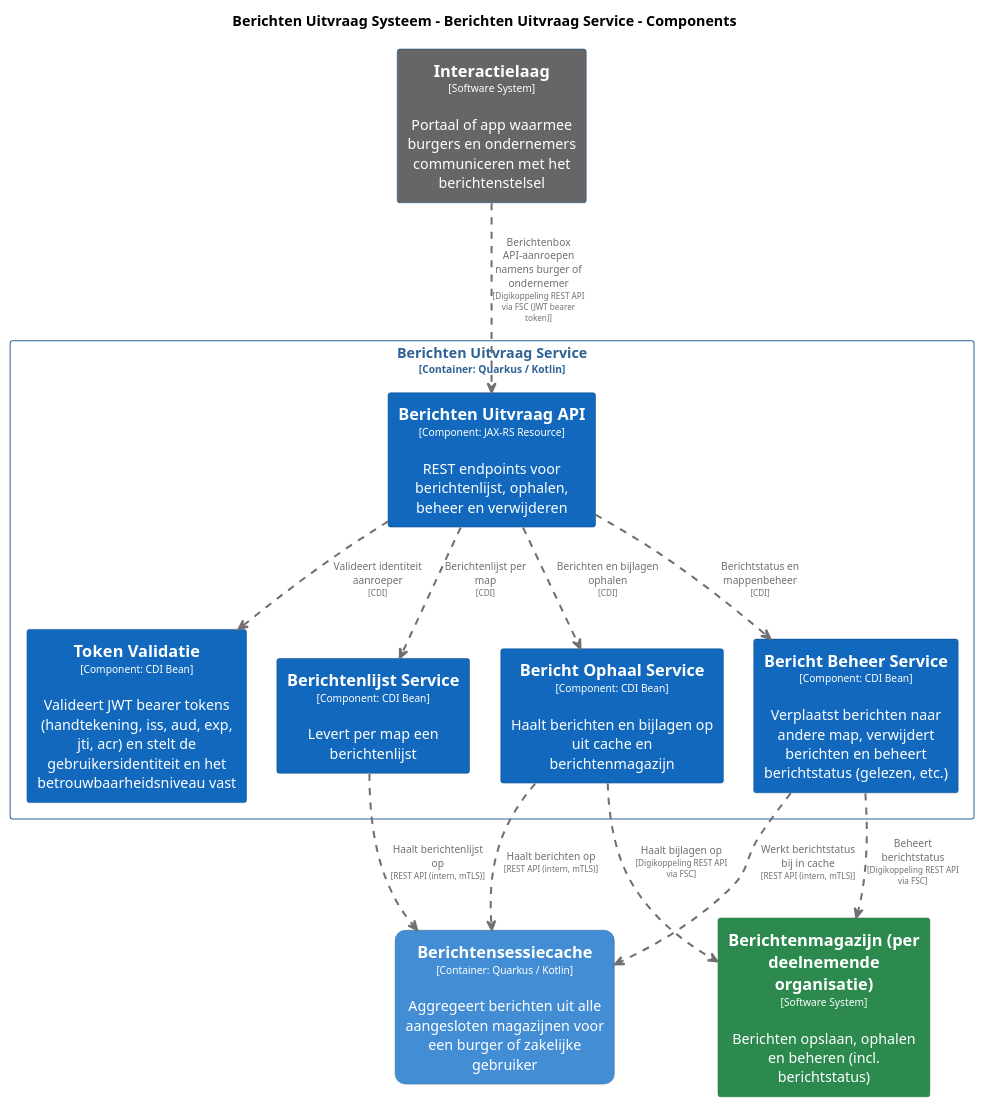
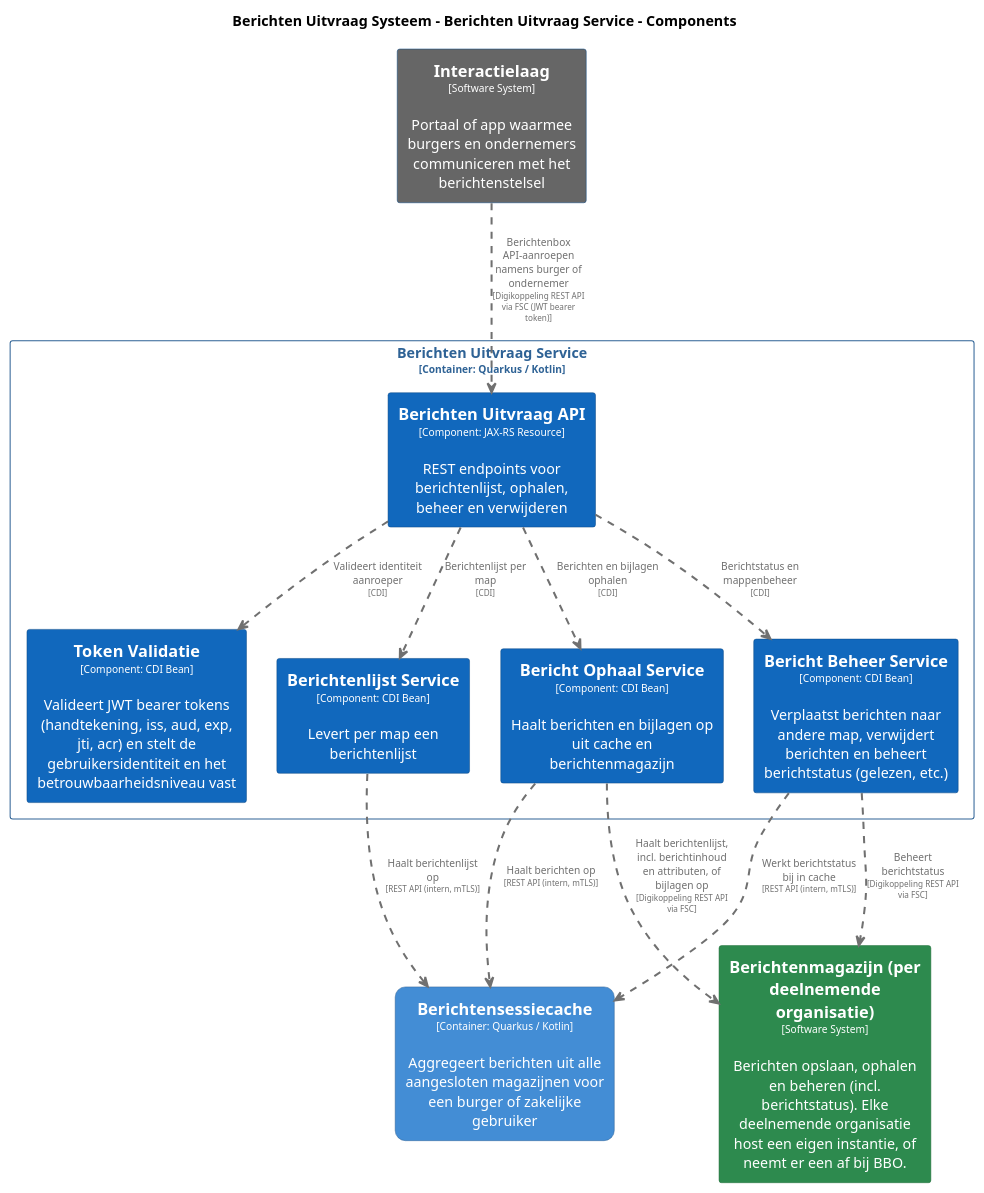
The diagram in master/puml/BerichtenUitvraagServiceComponenten.puml (MinBZK/moza-poc-fbs-berichtenbox), drawn with PlantUML before and after one commit. The commit also changed 51 other files, not shown here.

```diff
--- a/master/puml/BerichtenUitvraagServiceComponenten.puml
+++ b/master/puml/BerichtenUitvraagServiceComponenten.puml
@@ -1,95 +1,95 @@
 @startuml
 set separator none
 title Berichten Uitvraag Systeem - Berichten Uitvraag Service - Components
 
 top to bottom direction
 skinparam ranksep 60
 skinparam nodesep 30
 
 skinparam {
   arrowFontSize 10
   defaultTextAlignment center
   wrapWidth 200
   maxMessageSize 100
 }
 
 hide stereotype
 
 skinparam rectangle<<BerichtenUitvraagSysteem.BerichtenUitvraagService.BerichtBeheerService>> {
   BackgroundColor #1168bd
   FontColor #ffffff
   BorderColor #0b4884
   shadowing false
 }
 skinparam rectangle<<BerichtenUitvraagSysteem.BerichtenUitvraagService.BerichtOphaalService>> {
   BackgroundColor #1168bd
   FontColor #ffffff
   BorderColor #0b4884
   shadowing false
 }
 skinparam rectangle<<BerichtenUitvraagSysteem.BerichtenUitvraagService.BerichtenUitvraagAPI>> {
   BackgroundColor #1168bd
   FontColor #ffffff
   BorderColor #0b4884
   shadowing false
 }
 skinparam rectangle<<BerichtenUitvraagSysteem.BerichtenUitvraagService.BerichtenlijstService>> {
   BackgroundColor #1168bd
   FontColor #ffffff
   BorderColor #0b4884
   shadowing false
 }
 skinparam rectangle<<Berichtenmagazijnperdeelnemendeorganisatie>> {
   BackgroundColor #2d8a4e
   FontColor #ffffff
   BorderColor #1e6b38
   shadowing false
 }
 skinparam rectangle<<BerichtenUitvraagSysteem.Berichtensessiecache>> {
   BackgroundColor #438dd5
   FontColor #ffffff
   BorderColor #2e6295
   roundCorner 20
   shadowing false
 }
 skinparam rectangle<<Interactielaag>> {
   BackgroundColor #666666
   FontColor #ffffff
   BorderColor #0b4884
   shadowing false
 }
 skinparam rectangle<<BerichtenUitvraagSysteem.BerichtenUitvraagService.TokenValidatie>> {
   BackgroundColor #1168bd
   FontColor #ffffff
   BorderColor #0b4884
   shadowing false
 }
 skinparam rectangle<<BerichtenUitvraagSysteem.BerichtenUitvraagService>> {
   BorderColor #2e6295
   FontColor #2e6295
   shadowing false
 }
 
 rectangle "==Interactielaag\n<size:10>[Software System]</size>\n\nPortaal of app waarmee burgers en ondernemers communiceren met het berichtenstelsel" <<Interactielaag>> as Interactielaag
-rectangle "==Berichtenmagazijn (per deelnemende organisatie)\n<size:10>[Software System]</size>\n\nBerichten opslaan, ophalen en beheren (incl. berichtstatus)" <<Berichtenmagazijnperdeelnemendeorganisatie>> as Berichtenmagazijnperdeelnemendeorganisatie
+rectangle "==Berichtenmagazijn (per deelnemende organisatie)\n<size:10>[Software System]</size>\n\nBerichten opslaan, ophalen en beheren (incl. berichtstatus). Elke deelnemende organisatie host een eigen instantie, of neemt er een af bij BBO." <<Berichtenmagazijnperdeelnemendeorganisatie>> as Berichtenmagazijnperdeelnemendeorganisatie
 rectangle "==Berichtensessiecache\n<size:10>[Container: Quarkus / Kotlin]</size>\n\nAggregeert berichten uit alle aangesloten magazijnen voor een burger of zakelijke gebruiker" <<BerichtenUitvraagSysteem.Berichtensessiecache>> as BerichtenUitvraagSysteem.Berichtensessiecache
 
 rectangle "Berichten Uitvraag Service\n<size:10>[Container: Quarkus / Kotlin]</size>" <<BerichtenUitvraagSysteem.BerichtenUitvraagService>> {
   rectangle "==Berichten Uitvraag API\n<size:10>[Component: JAX-RS Resource]</size>\n\nREST endpoints voor berichtenlijst, ophalen, beheer en verwijderen" <<BerichtenUitvraagSysteem.BerichtenUitvraagService.BerichtenUitvraagAPI>> as BerichtenUitvraagSysteem.BerichtenUitvraagService.BerichtenUitvraagAPI
   rectangle "==Token Validatie\n<size:10>[Component: CDI Bean]</size>\n\nValideert JWT bearer tokens (handtekening, iss, aud, exp, jti, acr) en stelt de gebruikersidentiteit en het betrouwbaarheidsniveau vast" <<BerichtenUitvraagSysteem.BerichtenUitvraagService.TokenValidatie>> as BerichtenUitvraagSysteem.BerichtenUitvraagService.TokenValidatie
   rectangle "==Berichtenlijst Service\n<size:10>[Component: CDI Bean]</size>\n\nLevert per map een berichtenlijst" <<BerichtenUitvraagSysteem.BerichtenUitvraagService.BerichtenlijstService>> as BerichtenUitvraagSysteem.BerichtenUitvraagService.BerichtenlijstService
   rectangle "==Bericht Ophaal Service\n<size:10>[Component: CDI Bean]</size>\n\nHaalt berichten en bijlagen op uit cache en berichtenmagazijn" <<BerichtenUitvraagSysteem.BerichtenUitvraagService.BerichtOphaalService>> as BerichtenUitvraagSysteem.BerichtenUitvraagService.BerichtOphaalService
   rectangle "==Bericht Beheer Service\n<size:10>[Component: CDI Bean]</size>\n\nVerplaatst berichten naar andere map, verwijdert berichten en beheert berichtstatus (gelezen, etc.)" <<BerichtenUitvraagSysteem.BerichtenUitvraagService.BerichtBeheerService>> as BerichtenUitvraagSysteem.BerichtenUitvraagService.BerichtBeheerService
 }
 
 BerichtenUitvraagSysteem.BerichtenUitvraagService.BerichtenUitvraagAPI .[#707070,thickness=2].> BerichtenUitvraagSysteem.BerichtenUitvraagService.TokenValidatie : "<color:#707070>Valideert identiteit aanroeper\n<color:#707070><size:8>[CDI]</size>"
 BerichtenUitvraagSysteem.BerichtenUitvraagService.BerichtenUitvraagAPI .[#707070,thickness=2].> BerichtenUitvraagSysteem.BerichtenUitvraagService.BerichtenlijstService : "<color:#707070>Berichtenlijst per map\n<color:#707070><size:8>[CDI]</size>"
 BerichtenUitvraagSysteem.BerichtenUitvraagService.BerichtenUitvraagAPI .[#707070,thickness=2].> BerichtenUitvraagSysteem.BerichtenUitvraagService.BerichtOphaalService : "<color:#707070>Berichten en bijlagen ophalen\n<color:#707070><size:8>[CDI]</size>"
 BerichtenUitvraagSysteem.BerichtenUitvraagService.BerichtenUitvraagAPI .[#707070,thickness=2].> BerichtenUitvraagSysteem.BerichtenUitvraagService.BerichtBeheerService : "<color:#707070>Berichtstatus en mappenbeheer\n<color:#707070><size:8>[CDI]</size>"
 BerichtenUitvraagSysteem.BerichtenUitvraagService.BerichtOphaalService .[#707070,thickness=2].> BerichtenUitvraagSysteem.Berichtensessiecache : "<color:#707070>Haalt berichten op\n<color:#707070><size:8>[REST API (intern, mTLS)]</size>"
 BerichtenUitvraagSysteem.BerichtenUitvraagService.BerichtenlijstService .[#707070,thickness=2].> BerichtenUitvraagSysteem.Berichtensessiecache : "<color:#707070>Haalt berichtenlijst op\n<color:#707070><size:8>[REST API (intern, mTLS)]</size>"
 BerichtenUitvraagSysteem.BerichtenUitvraagService.BerichtBeheerService .[#707070,thickness=2].> BerichtenUitvraagSysteem.Berichtensessiecache : "<color:#707070>Werkt berichtstatus bij in cache\n<color:#707070><size:8>[REST API (intern, mTLS)]</size>"
 Interactielaag .[#707070,thickness=2].> BerichtenUitvraagSysteem.BerichtenUitvraagService.BerichtenUitvraagAPI : "<color:#707070>Berichtenbox API-aanroepen namens burger of ondernemer\n<color:#707070><size:8>[Digikoppeling REST API via FSC (JWT bearer token)]</size>"
-BerichtenUitvraagSysteem.BerichtenUitvraagService.BerichtOphaalService .[#707070,thickness=2].> Berichtenmagazijnperdeelnemendeorganisatie : "<color:#707070>Haalt bijlagen op\n<color:#707070><size:8>[Digikoppeling REST API via FSC]</size>"
+BerichtenUitvraagSysteem.BerichtenUitvraagService.BerichtOphaalService .[#707070,thickness=2].> Berichtenmagazijnperdeelnemendeorganisatie : "<color:#707070>Haalt berichtenlijst, incl. berichtinhoud en attributen, of bijlagen op\n<color:#707070><size:8>[Digikoppeling REST API via FSC]</size>"
 BerichtenUitvraagSysteem.BerichtenUitvraagService.BerichtBeheerService .[#707070,thickness=2].> Berichtenmagazijnperdeelnemendeorganisatie : "<color:#707070>Beheert berichtstatus\n<color:#707070><size:8>[Digikoppeling REST API via FSC]</size>"
 @enduml
```
